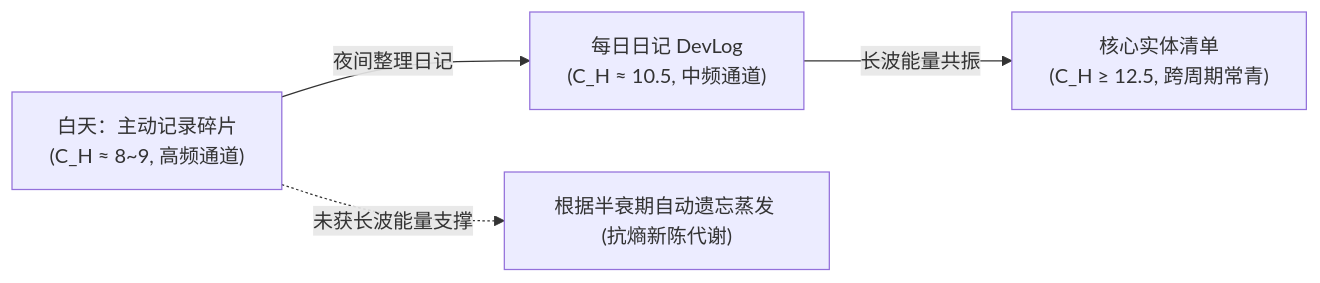
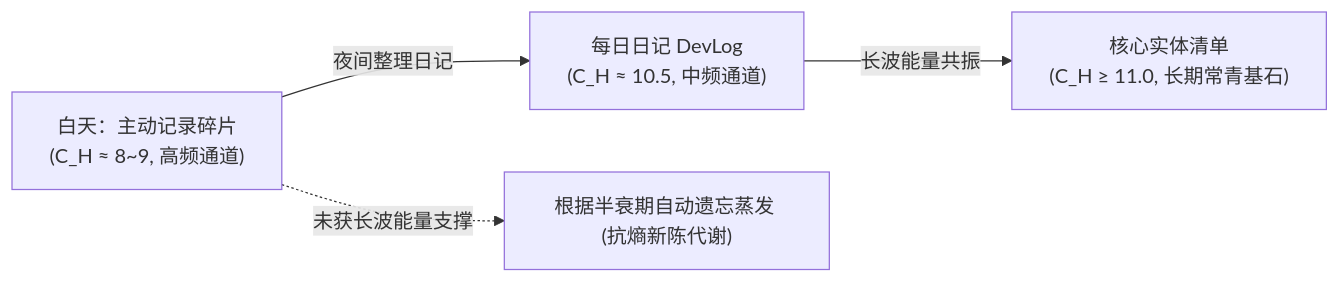
One commit to echo983/constancy-mcp changed the second of 2 diagrams in README.md. Above: the diagram before and after it, drawn with Mermaid. The commit also changed other lines of this file and 3 other files, not shown here.

Commit message:
fix(actd): enforce anti-echo chamber axiom for passive retrieval and enrich timeline metrics

````diff
--- a/README.md
+++ b/README.md
@@ -91,8 +94,8 @@
 ```mermaid
 graph LR
     Day["白天：主动记录碎片<br>(C_H ≈ 8~9, 高频通道)"] 
     -->|夜间整理日记| Night["每日日记 DevLog<br>(C_H ≈ 10.5, 中频通道)"] 
-    -->|长波能量共振| Entity["核心实体清单<br>(C_H ≥ 12.5, 跨周期常青)"]
+    -->|长波能量共振| Entity["核心实体清单<br>(C_H ≥ 11.0, 长期常青基石)"]
     
     Day -.->|未获长波能量支撑| Evaporate["根据半衰期自动遗忘蒸发 (抗熵新陈代谢)"]
 ```
````
